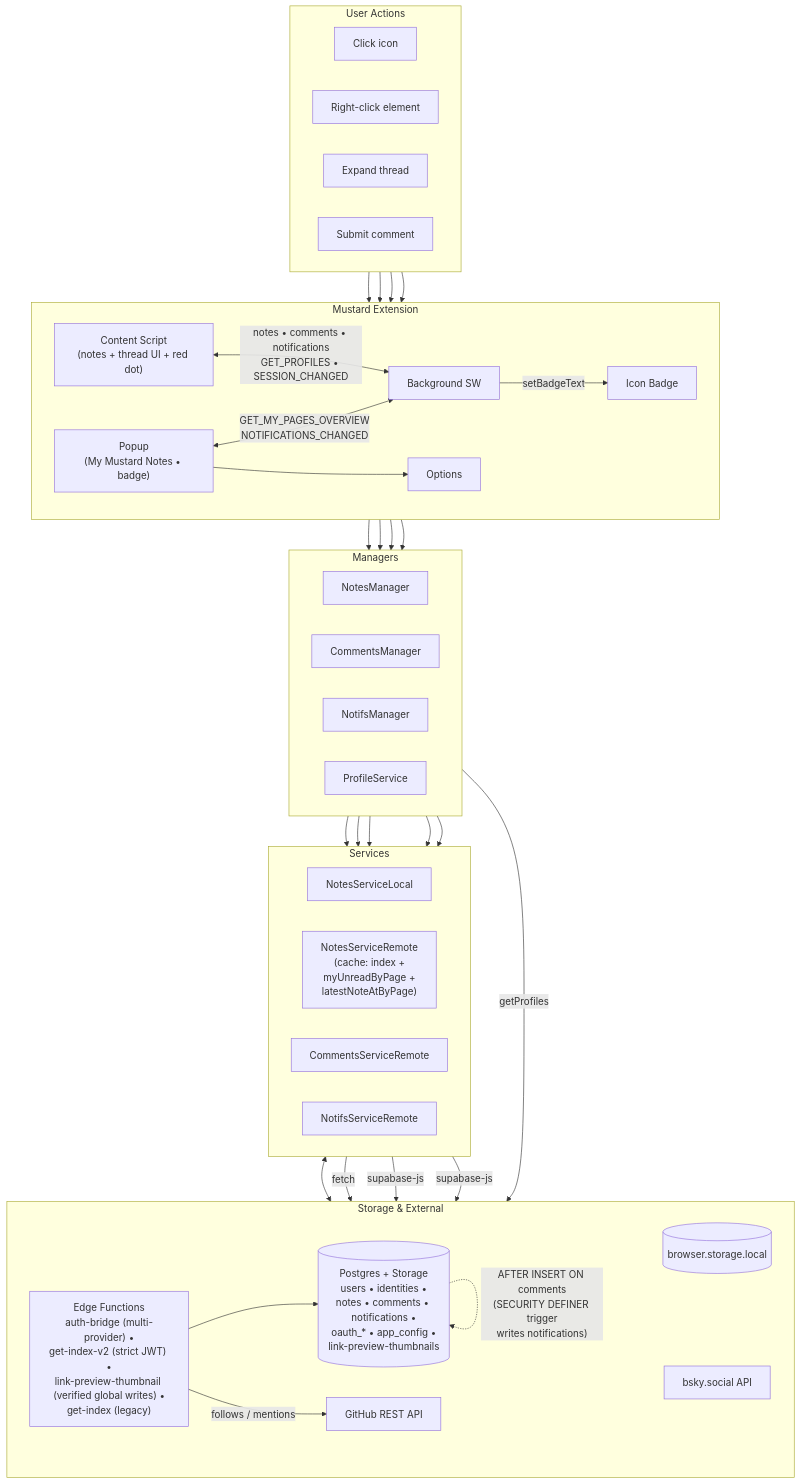
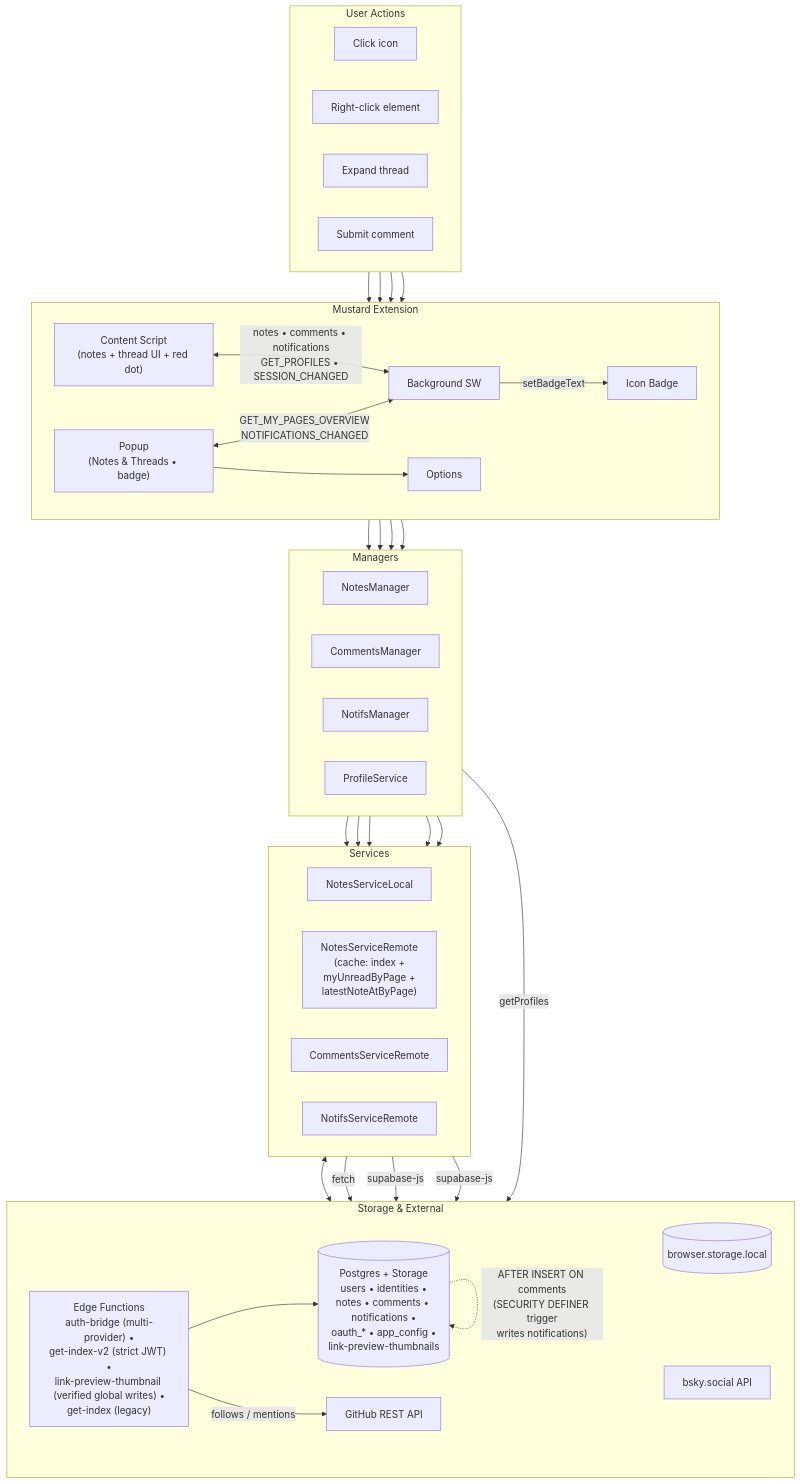
The diagram in .agents/skills/mustard-architecture/SKILL.md (fettstorch/mustard), drawn with Mermaid before and after one commit. The commit also changed other lines of this file and 19 other files, not shown here.

````diff
--- a/.agents/skills/mustard-architecture/SKILL.md
+++ b/.agents/skills/mustard-architecture/SKILL.md
@@ -19,75 +19,75 @@
 ```mermaid
 flowchart TB
     subgraph User["User Actions"]
         direction LR
         Click["Click icon"]
         RightClick["Right-click element"]
         Expand["Expand thread"]
         Comment["Submit comment"]
     end
 
     subgraph Extension["Mustard Extension"]
         direction LR
-        Popup["Popup<br/>(My Mustard Notes • badge)"]
+        Popup["Popup<br/>(Notes & Threads • badge)"]
         Options["Options"]
         CS["Content Script<br/>(notes + thread UI + red dot)"]
         Badge["Icon Badge"]
         BG["Background SW"]
     end
 
     subgraph Managers["Managers"]
         direction LR
         NotesManager["NotesManager"]
         CommentsManager["CommentsManager"]
         NotifsManager["NotifsManager"]
         ProfileService["ProfileService"]
     end
 
     subgraph Svcs["Services"]
         direction LR
         LocalSvc["NotesServiceLocal"]
         RemoteSvc["NotesServiceRemote<br/>(cache: index +<br/>myUnreadByPage +<br/>latestNoteAtByPage)"]
         CommentsSvc["CommentsServiceRemote"]
         NotifsSvc["NotifsServiceRemote"]
     end
 
     subgraph Storage["Storage & External"]
         direction LR
         ChromeStorage[("browser.storage.local")]
         EdgeFns["Edge Functions<br/>auth-bridge (multi-provider) •<br/>get-index-v2 (strict JWT) •<br/>link-preview-thumbnail (verified global writes) •<br/>get-index (legacy)"]
         DB[("Postgres + Storage<br/>users • identities •<br/>notes • comments • notifications •<br/>oauth_* • app_config •<br/>link-preview-thumbnails")]
         BSkyAPI["bsky.social API"]
         GHAPI["GitHub REST API"]
     end
 
     Click --> Popup
     RightClick --> CS
     Expand --> CS
     Comment --> CS
 
     Popup <-->|"GET_MY_PAGES_OVERVIEW<br/>NOTIFICATIONS_CHANGED"| BG
     Popup --> Options
     CS <-->|"notes • comments • notifications<br/>GET_PROFILES • SESSION_CHANGED"| BG
     BG -->|"setBadgeText"| Badge
 
     BG --> NotesManager
     BG --> CommentsManager
     BG --> NotifsManager
     BG --> ProfileService
 
     NotesManager --> LocalSvc
     NotesManager --> RemoteSvc
     CommentsManager --> CommentsSvc
     NotifsManager --> NotifsSvc
     NotifsManager --> RemoteSvc
 
     LocalSvc <--> ChromeStorage
     RemoteSvc -->|"fetch"| EdgeFns
     CommentsSvc -->|"supabase-js"| DB
     NotifsSvc -->|"supabase-js"| DB
     EdgeFns --> DB
     EdgeFns -->|"follows / mentions"| GHAPI
     ProfileService -->|"getProfiles"| BSkyAPI
 
     DB -.->|"AFTER INSERT ON comments<br/>(SECURITY DEFINER trigger<br/>writes notifications)"| DB
 ```
````
